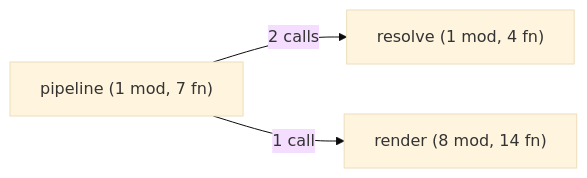
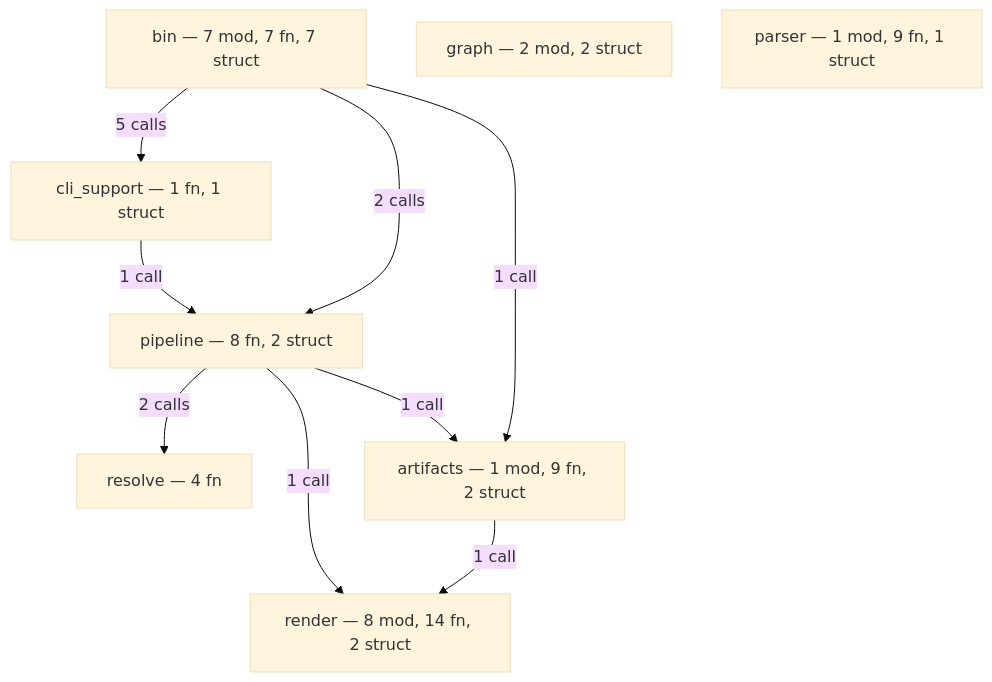
The first of 3 diagrams in README.md (anatta-rs/ast-to-mermaid), drawn with Mermaid (base theme) before and after one commit. The commit also changed other lines of this file, not shown here.

First line of the commit message:
docs: showcase real diagrams in README + tighten the deps pitch

````diff
--- a/README.md
+++ b/README.md
@@ -9,8 +15,19 @@
 ```mermaid
-graph LR
-  pipeline["pipeline (1 mod, 7 fn)"]
-  resolve["resolve (1 mod, 4 fn)"]
-  render["render (8 mod, 14 fn)"]
-  pipeline -->|"2 calls"| resolve
-  pipeline -->|"1 call"| render
+graph TD
+    artifacts["artifacts — 1 mod, 9 fn, 2 struct"]
+    bin["bin — 7 mod, 7 fn, 7 struct"]
+    cli_support["cli_support — 1 fn, 1 struct"]
+    graph_mod["graph — 2 mod, 2 struct"]
+    parser["parser — 1 mod, 9 fn, 1 struct"]
+    pipeline["pipeline — 8 fn, 2 struct"]
+    render["render — 8 mod, 14 fn, 2 struct"]
+    resolve["resolve — 4 fn"]
+    bin -->|"5 calls"| cli_support
+    bin -->|"2 calls"| pipeline
+    bin -->|"1 call"| artifacts
+    cli_support -->|"1 call"| pipeline
+    pipeline -->|"2 calls"| resolve
+    pipeline -->|"1 call"| render
+    pipeline -->|"1 call"| artifacts
+    artifacts -->|"1 call"| render
 ```
````
